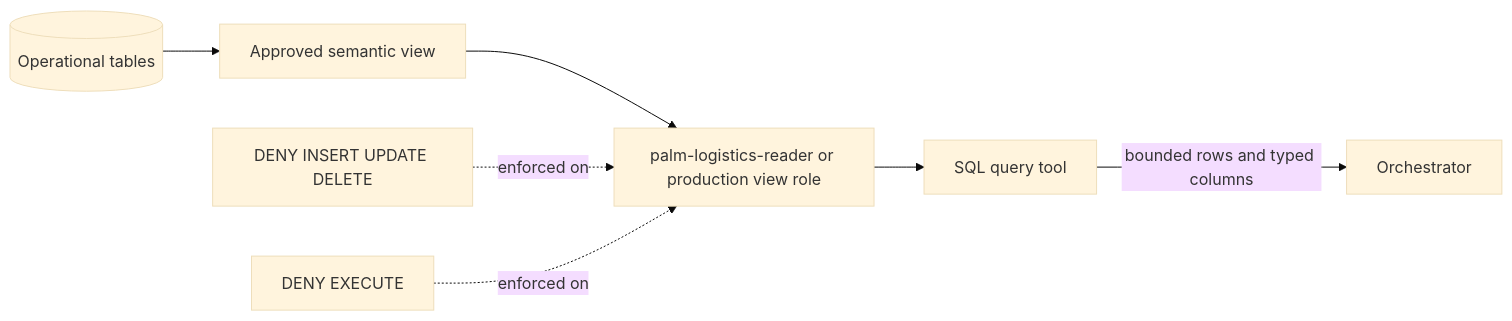
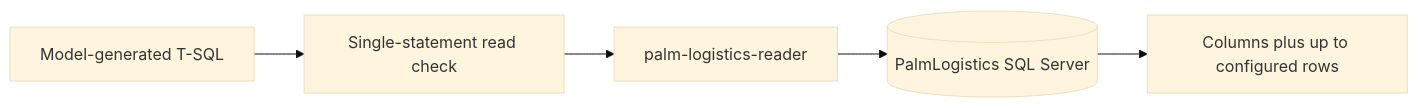
The fourth of 7 diagrams in docs/architecture.md (farazahmad-ai/palm-logistics-ai-assistant), drawn with Mermaid (base theme) before and after one commit. The commit also changed other lines of this file and 8 other files, not shown here.

Commit message:
docs: align architecture and deployment roadmap

````diff
--- a/docs/architecture.md
+++ b/docs/architecture.md
@@ -179,18 +124,10 @@
 ```mermaid
 flowchart LR
-    RAW[(Operational tables)]
-    VIEW[Approved semantic view]
-    ROLE[palm-logistics-reader or production view role]
-    TOOL[SQL query tool]
-    AGENT[Orchestrator]
+    MODEL[Model-generated T-SQL]
+    CHECK[Single-statement read check]
+    READER[palm-logistics-reader]
+    SQL[(PalmLogistics SQL Server)]
+    RESULT[Columns plus up to configured rows]
 
-    RAW --> VIEW
-    VIEW --> ROLE
-    ROLE --> TOOL
-    TOOL -->|bounded rows and typed columns| AGENT
-
-    DENY1[DENY INSERT UPDATE DELETE]
-    DENY2[DENY EXECUTE]
-    DENY1 -. enforced on .-> ROLE
-    DENY2 -. enforced on .-> ROLE
+    MODEL --> CHECK --> READER --> SQL --> RESULT
 ```
````
